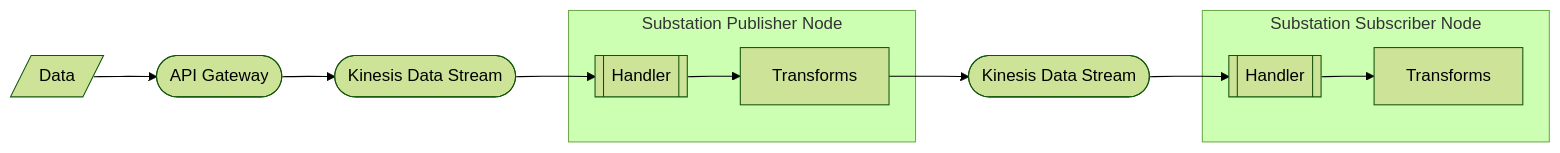
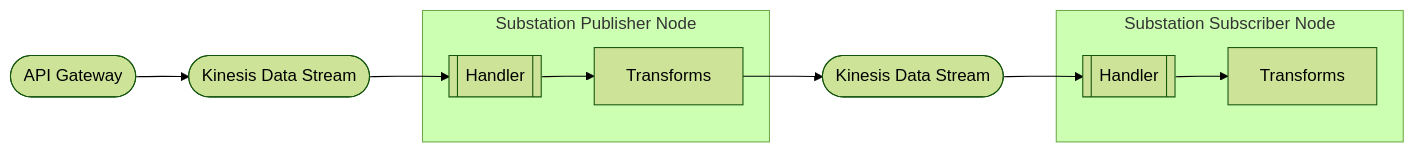
One commit to brexhq/substation changed the second of 6 diagrams in examples/aws/README.md. Above: the diagram before and after it, drawn with Mermaid (forest theme). The commit also changed other lines of this file, not shown here.

````diff
--- a/examples/aws/README.md
+++ b/examples/aws/README.md
@@ -34,27 +33,26 @@
 ```mermaid
 
 flowchart LR
     %% resources
-    data[/Data/]
     gateway([API Gateway])
     kds1([Kinesis Data Stream])
     kds2([Kinesis Data Stream])
 
     publisherHandler[[Handler]]
     publisherTransforms[Transforms]
 
     subscriberHandler[[Handler]]
     subscriberTransforms[Transforms]
 
     %% connections
-    data --> gateway --> kds1 --> publisherHandler
+    gateway --> kds1 --> publisherHandler
     subgraph Substation Publisher Node 
     publisherHandler --> publisherTransforms
     end
 
     publisherTransforms --> kds2 --> subscriberHandler
 
     subgraph Substation Subscriber Node 
     subscriberHandler  --> subscriberTransforms
     end
 ```
````
